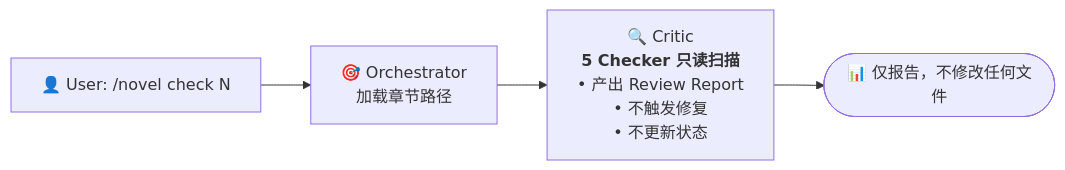
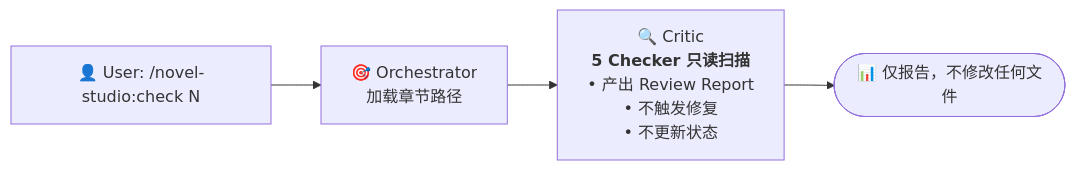
The fifth of 6 diagrams in workflows/pipeline.md (deathwhispers/novel-studio), drawn with Mermaid before and after one commit. The commit also changed other lines of this file and 24 other files, not shown here.

````diff
--- a/workflows/pipeline.md
+++ b/workflows/pipeline.md
@@ -136,11 +136,11 @@
 ```mermaid
 flowchart LR
-    User["👤 User: /novel check N"]
+    User["👤 User: /novel-studio:check N"]
     Orchestrator["🎯 Orchestrator<br/>加载章节路径"]
     Critic["🔍 Critic<br/><b>5 Checker 只读扫描</b><br/>• 产出 Review Report<br/>• 不触发修复<br/>• 不更新状态"]
     Done(["📊 仅报告，不修改任何文件"])
 
     User --> Orchestrator
     Orchestrator --> Critic
     Critic --> Done
 ```
````
